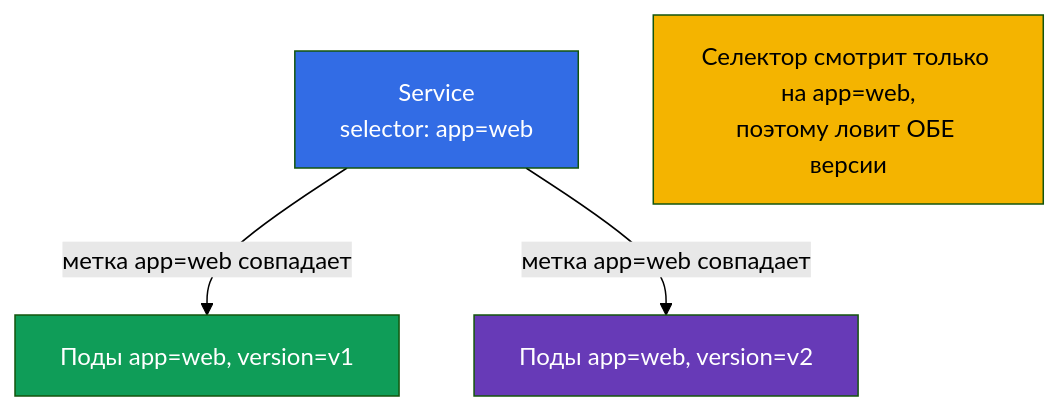
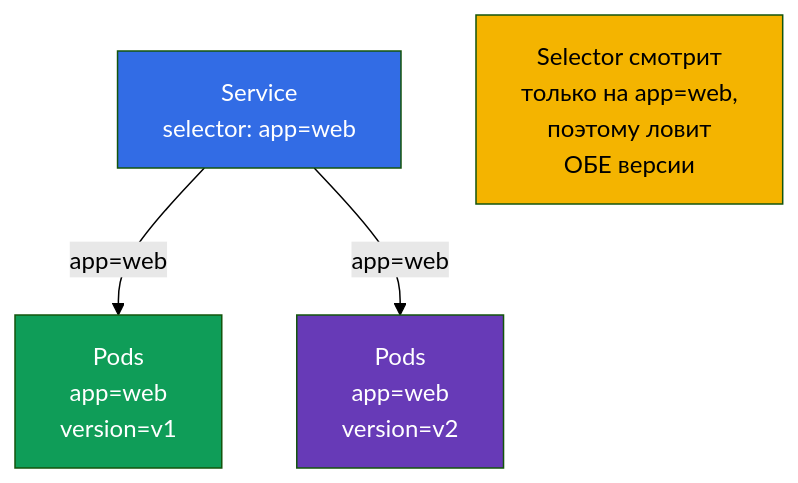
The second of 6 diagrams in tasks/cka/course/09/ru.md (ViktorUJ/cks), drawn with Mermaid (forest theme) before and after one commit. The commit also changed other lines of this file and 1 other file, not shown here.

````diff
--- a/tasks/cka/course/09/ru.md
+++ b/tasks/cka/course/09/ru.md
@@ -44,13 +44,13 @@
 ```mermaid
 flowchart TB
     svc["Service<br>selector: app=web"]
-    v1["Поды app=web, version=v1"]
-    v2["Поды app=web, version=v2"]
-    svc -->|"метка app=web совпадает"| v1
-    svc -->|"метка app=web совпадает"| v2
-    note["Селектор смотрит только на app=web,<br>поэтому ловит ОБЕ версии"]
+    v1["Pods<br>app=web<br>version=v1"]
+    v2["Pods<br>app=web<br>version=v2"]
+    svc -->|"app=web"| v1
+    svc -->|"app=web"| v2
+    note["Selector смотрит<br>только на app=web,<br>поэтому ловит<br>ОБЕ версии"]
     style svc fill:#326ce5,color:#fff
     style v1 fill:#0f9d58,color:#fff
     style v2 fill:#673ab7,color:#fff
     style note fill:#f4b400,color:#000
 ```
````
